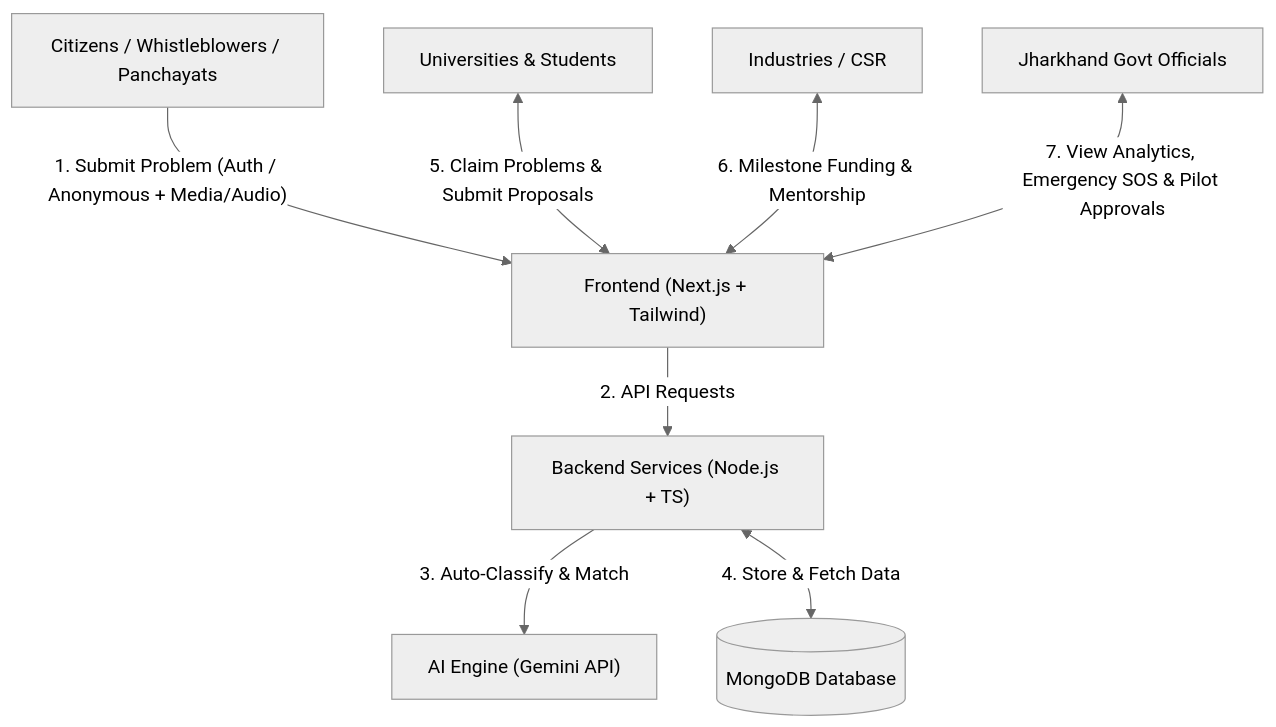
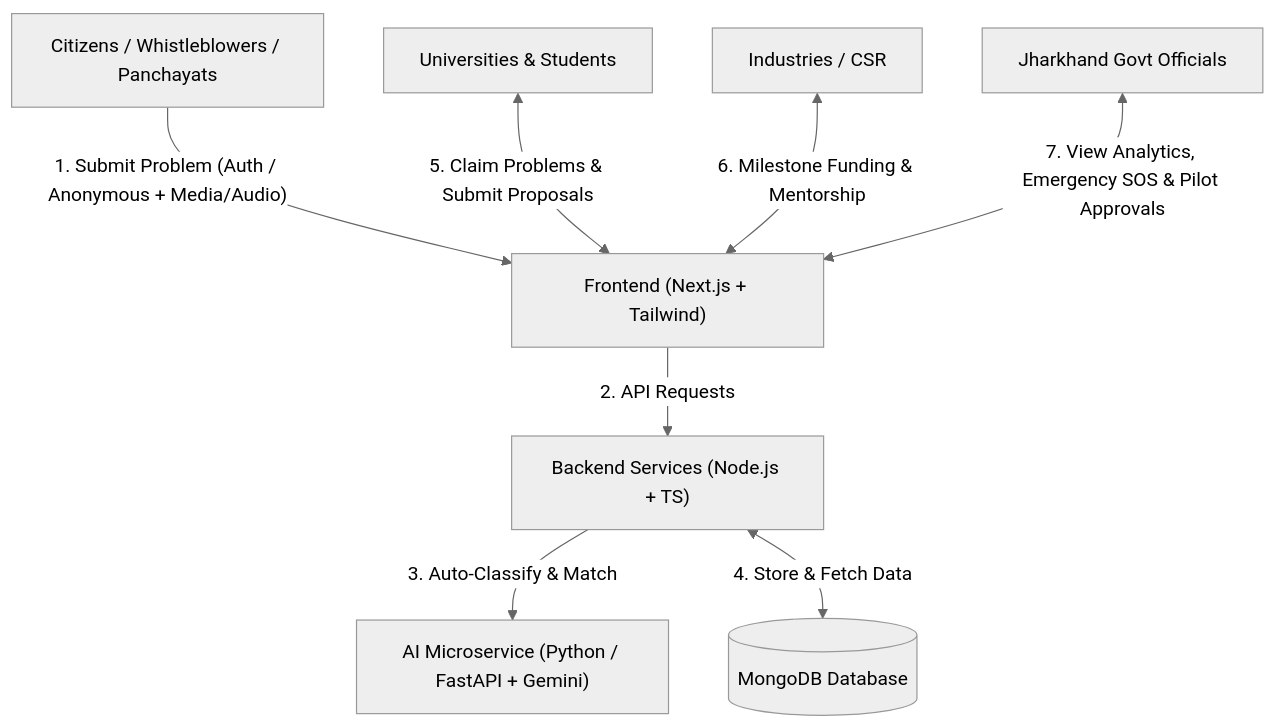
The first of 2 diagrams in README.md (Sourabh24101232/Samadhan-Setu-2.0), drawn with Mermaid (neutral theme) before and after one commit. The commit also changed other lines of this file and 14 other files, not shown here.

````diff
--- a/README.md
+++ b/README.md
@@ -60,11 +60,11 @@
 ```mermaid
 graph TD
     A["Citizens / Whistleblowers / Panchayats"] -->|"1. Submit Problem (Auth / Anonymous + Media/Audio)"| B["Frontend (Next.js + Tailwind)"]
     B -->|"2. API Requests"| C["Backend Services (Node.js + TS)"]
-    C -->|"3. Auto-Classify & Match"| D["AI Engine (Gemini API)"]
+    C -->|"3. Auto-Classify & Match"| D["AI Microservice (Python / FastAPI + Gemini)"]
     C <-->|"4. Store & Fetch Data"| E[("MongoDB Database")]
     
     F["Universities & Students"] <-->|"5. Claim Problems & Submit Proposals"| B
     G["Industries / CSR"] <-->|"6. Milestone Funding & Mentorship"| B
     H["Jharkhand Govt Officials"] <-->|"7. View Analytics, Emergency SOS & Pilot Approvals"| B
 ```
````
